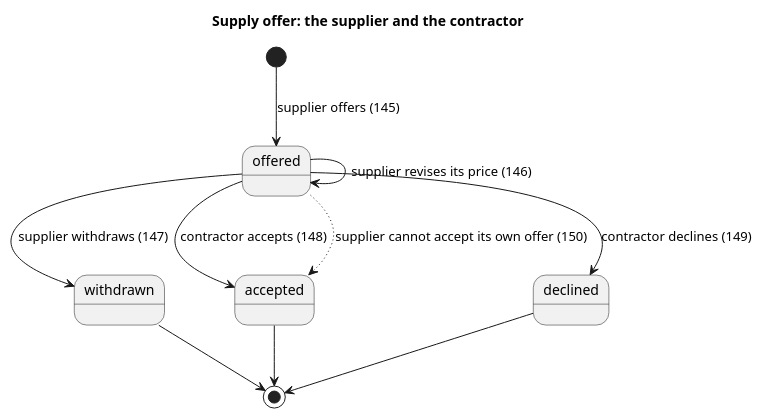
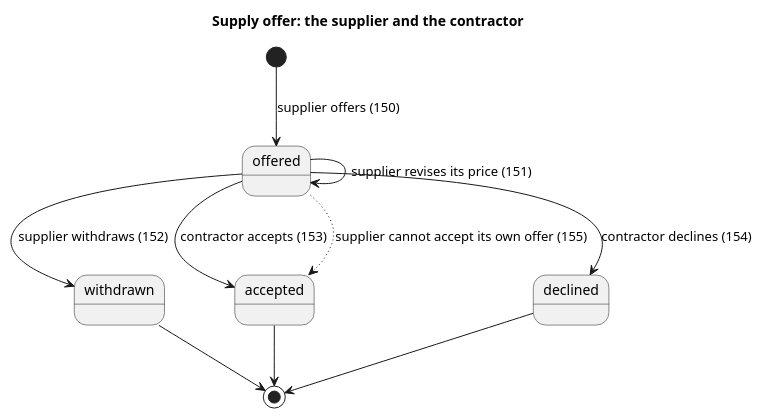
Before and after one commit to blueshed/dzql: the diagram in uml/londons/src/supply-offer.puml, drawn with PlantUML. The commit also changed 15 other files, not shown here.

```diff
--- a/uml/londons/src/supply-offer.puml
+++ b/uml/londons/src/supply-offer.puml
@@ -1,12 +1,12 @@
 @startuml
 title Supply offer: the supplier and the contractor
-[*] --> offered : supplier offers (145)
-offered --> offered : supplier revises its price (146)
-offered --> withdrawn : supplier withdraws (147)
-offered --> accepted : contractor accepts (148)
-offered --> declined : contractor declines (149)
-offered -[dotted]-> accepted : supplier cannot accept its own offer (150)
+[*] --> offered : supplier offers (150)
+offered --> offered : supplier revises its price (151)
+offered --> withdrawn : supplier withdraws (152)
+offered --> accepted : contractor accepts (153)
+offered --> declined : contractor declines (154)
+offered -[dotted]-> accepted : supplier cannot accept its own offer (155)
 withdrawn --> [*]
 accepted --> [*]
 declined --> [*]
 @enduml
```
